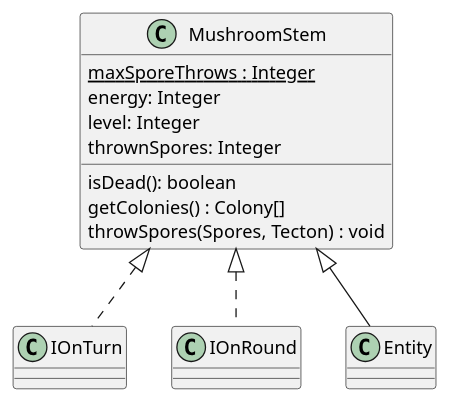
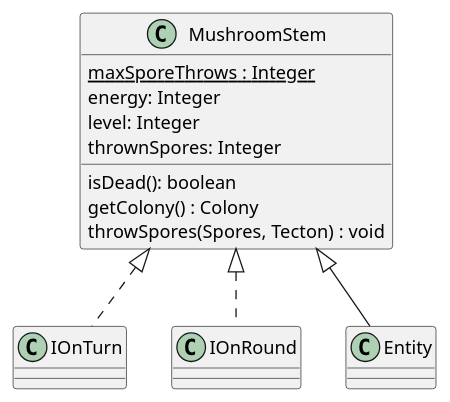
The diagram in 3/classes/mushroomStem.puml (Petya-G/fungorium), drawn with PlantUML before and after one commit. The commit also changed 5 other files, not shown here.

```diff
--- a/3/classes/mushroomStem.puml
+++ b/3/classes/mushroomStem.puml
@@ -1,15 +1,15 @@
 @startuml mushroomStem
 
 MushroomStem <|.. IOnTurn
 MushroomStem <|.. IOnRound
 MushroomStem <|-- Entity
 class MushroomStem{
     {static} maxSporeThrows : Integer
     energy: Integer
     level: Integer
     thrownSpores: Integer
     isDead(): boolean
-    getColonies() : Colony[]
+    getColony() : Colony
     throwSpores(Spores, Tecton) : void
 }
 @enduml
```
